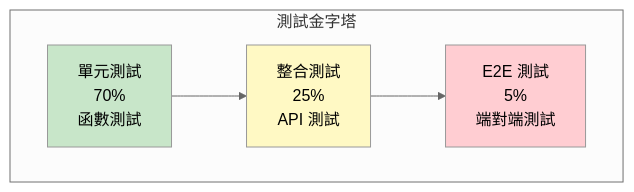
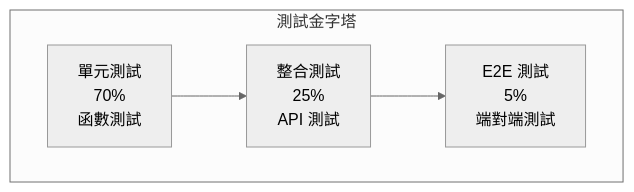
Before and after one commit to tboydar/service-booking-api: diagram 12 of 23 in README.md, drawn with Mermaid (neutral theme). The commit also changed other lines of this file and 2 other files, not shown here.

````diff
--- a/README.md
+++ b/README.md
@@ -876,15 +851,12 @@
 ```mermaid
 flowchart TB
     subgraph "測試金字塔"
         E2E["E2E 測試<br/>5%<br/>端對端測試"]
         Integration["整合測試<br/>25%<br/>API 測試"]
         Unit["單元測試<br/>70%<br/>函數測試"]
     end
 
     Unit --> Integration
     Integration --> E2E
 
-    style E2E fill:#ffcdd2
-    style Integration fill:#fff9c4
-    style Unit fill:#c8e6c9
 ```
````
